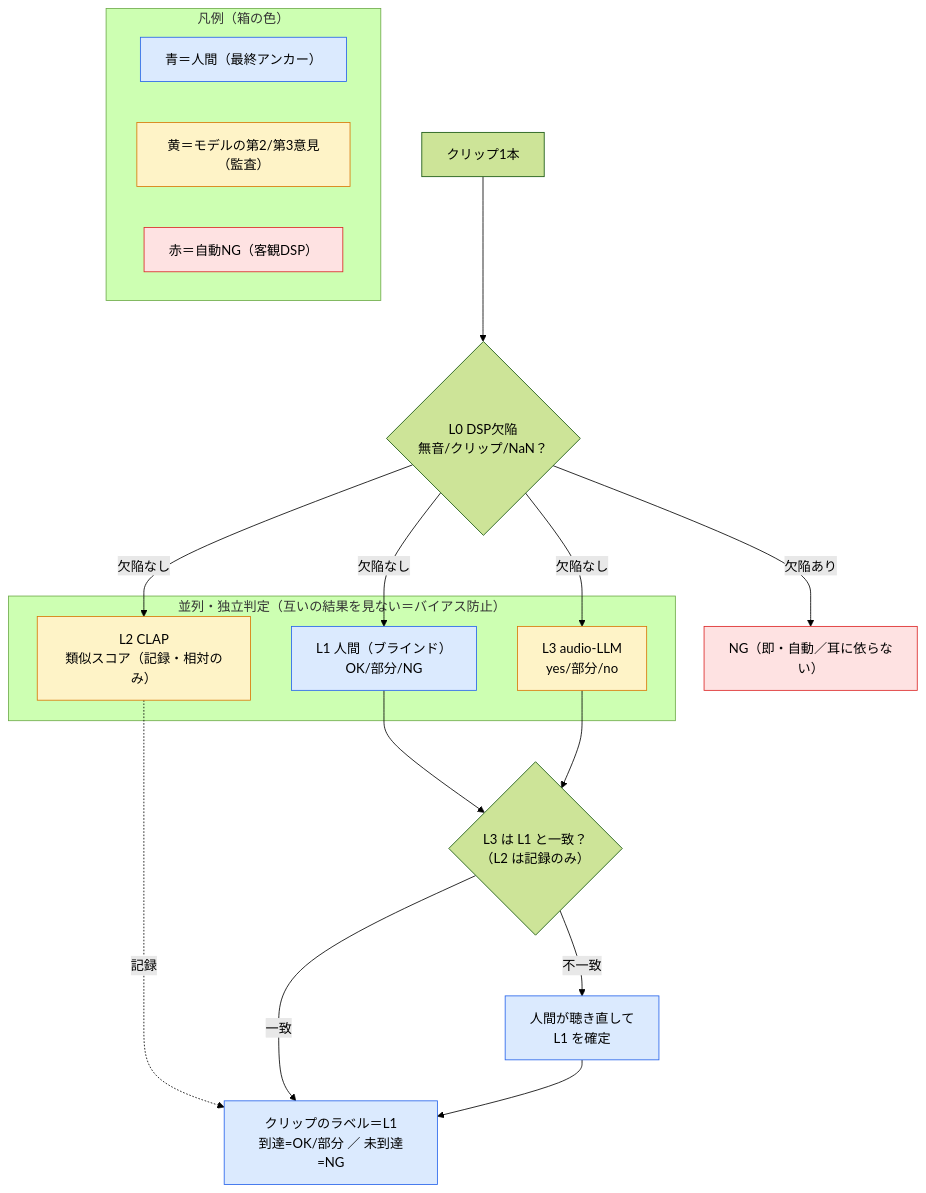
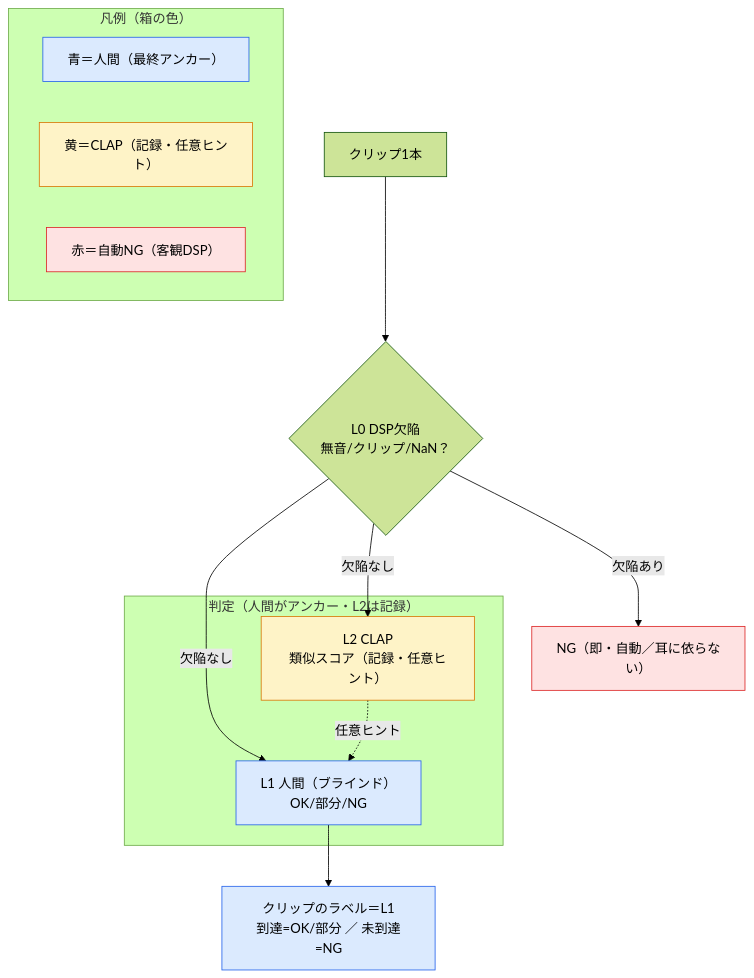
The fourth of 7 diagrams in docs/phases/phase0/README.md (mgmaru/foley-forge-prototype), drawn with Mermaid (forest theme) before and after one commit. The commit also changed other lines of this file, not shown here.

First line of the commit message:
Phase 0 §5.4: L3（audio-LLM）を Phase 0 不採用に決定し全体を整合

````diff
--- a/docs/phases/phase0/README.md
+++ b/docs/phases/phase0/README.md
@@ -294,30 +297,25 @@
 ```mermaid
 flowchart TD
     C["クリップ1本"] --> L0{"L0 DSP欠陥<br/>無音/クリップ/NaN？"}
     L0 -- "欠陥あり" --> NG["NG（即・自動／耳に依らない）"]:::ng
-    subgraph PAR["並列・独立判定（互いの結果を見ない＝バイアス防止）"]
+    subgraph PAR["判定（人間がアンカー・L2は記録）"]
         L1["L1 人間（ブラインド）<br/>OK/部分/NG"]:::anchor
-        L2["L2 CLAP<br/>類似スコア（記録・相対のみ）"]:::sub
-        L3["L3 audio-LLM<br/>yes/部分/no"]:::sub
+        L2["L2 CLAP<br/>類似スコア（記録・任意ヒント）"]:::sub
     end
     L0 -- "欠陥なし" --> L1
     L0 -- "欠陥なし" --> L2
-    L0 -- "欠陥なし" --> L3
-    L1 --> R{"L3 は L1 と一致？<br/>（L2 は記録のみ）"}
-    L2 -.->|記録| LBL
-    L3 --> R
-    R -- "一致" --> LBL["クリップのラベル＝L1<br/>到達=OK/部分 ／ 未到達=NG"]:::anchor
-    R -- "不一致" --> RE["人間が聴き直して<br/>L1 を確定"]:::anchor
-    RE --> LBL
+    L2 -.->|任意ヒント| L1
+    L1 --> LBL["クリップのラベル＝L1<br/>到達=OK/部分 ／ 未到達=NG"]:::anchor
 
     subgraph Legend["凡例（箱の色）"]
         direction LR
         LA["青＝人間（最終アンカー）"]:::anchor
-        LS["黄＝モデルの第2/第3意見（監査）"]:::sub
+        LS["黄＝CLAP（記録・任意ヒント）"]:::sub
         LN["赤＝自動NG（客観DSP）"]:::ng
     end
+    %% L3 audio-LLM は Phase 0 不採用（§5.4 冒頭注）
 
     classDef ng fill:#fee2e2,stroke:#dc2626,color:#000
     classDef anchor fill:#dbeafe,stroke:#2563eb,color:#000
     classDef sub fill:#fef3c7,stroke:#d97706,color:#000
 ```
````
